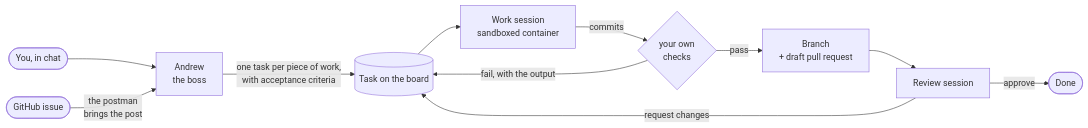
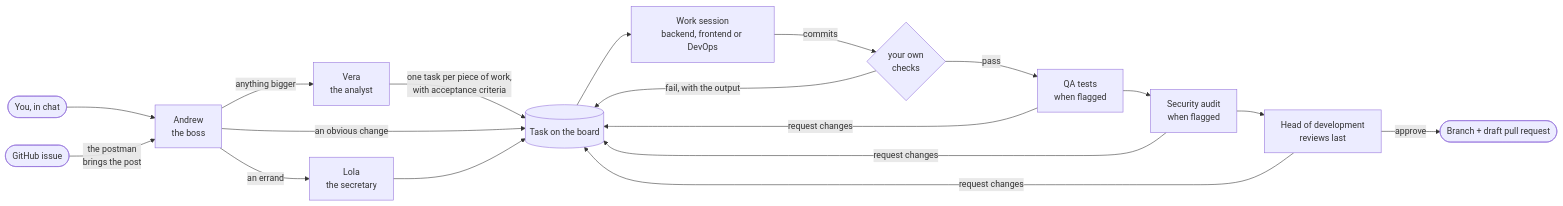
One commit to misaon/home-office changed the diagram in README.md. Above: the diagram before and after it, drawn with Mermaid. The commit also changed other lines of this file and 86 other files, not shown here.

First line of the commit message:
feat(team): a default team of nine with a review chain and an analyst who plans

````diff
--- a/README.md
+++ b/README.md
@@ -33,13 +34,18 @@
 ```mermaid
 flowchart LR
   You([You, in chat]) --> Boss
   Issue([GitHub issue]) -->|the postman<br/>brings the post| Boss[Andrew<br/>the boss]
-  Boss -->|one task per piece of work,<br/>with acceptance criteria| Task[(Task on the board)]
-  Task --> Work[Work session<br/>sandboxed container]
+  Boss -->|an errand| Lola[Lola<br/>the secretary]
+  Boss -->|anything bigger| Vera[Vera<br/>the analyst]
+  Vera -->|one task per piece of work,<br/>with acceptance criteria| Task[(Task on the board)]
+  Boss -->|an obvious change| Task
+  Lola --> Task
+  Task --> Work[Work session<br/>backend, frontend or DevOps]
   Work -->|commits| Verify{your own<br/>checks}
   Verify -->|fail, with the output| Task
-  Verify -->|pass| Publish[Branch<br/>+ draft pull request]
-  Publish --> Review[Review session]
-  Review -->|request changes| Task
-  Review -->|approve| Done([Done])
+  Verify -->|pass| QA[QA tests<br/>when flagged]
+  QA --> Sec[Security audit<br/>when flagged]
+  Sec --> Head[Head of development<br/>reviews last]
+  QA & Sec & Head -->|request changes| Task
+  Head -->|approve| Done([Branch + draft pull request])
 ```
````
